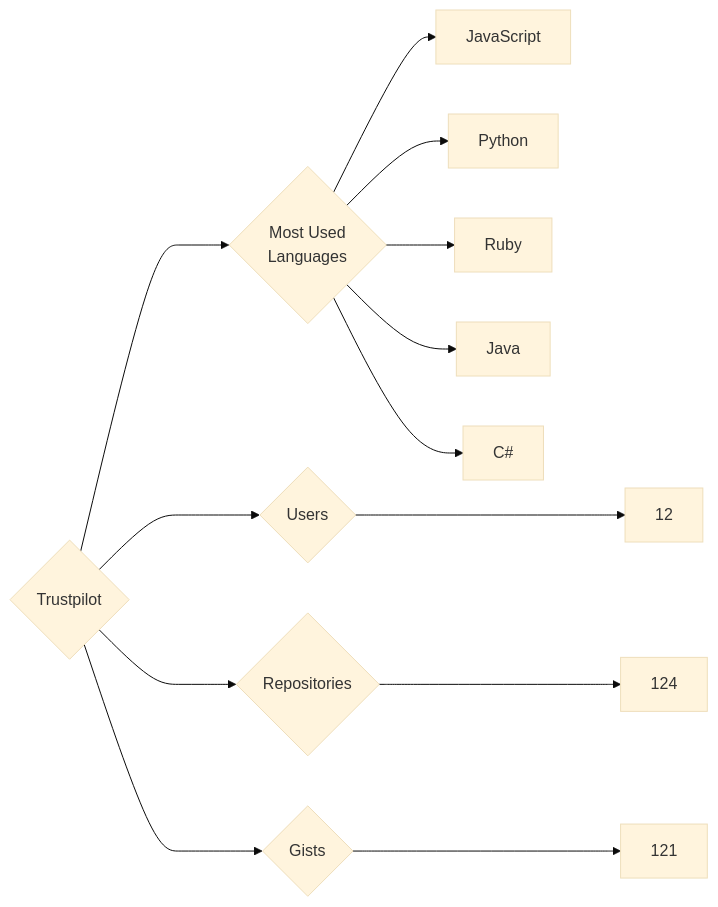
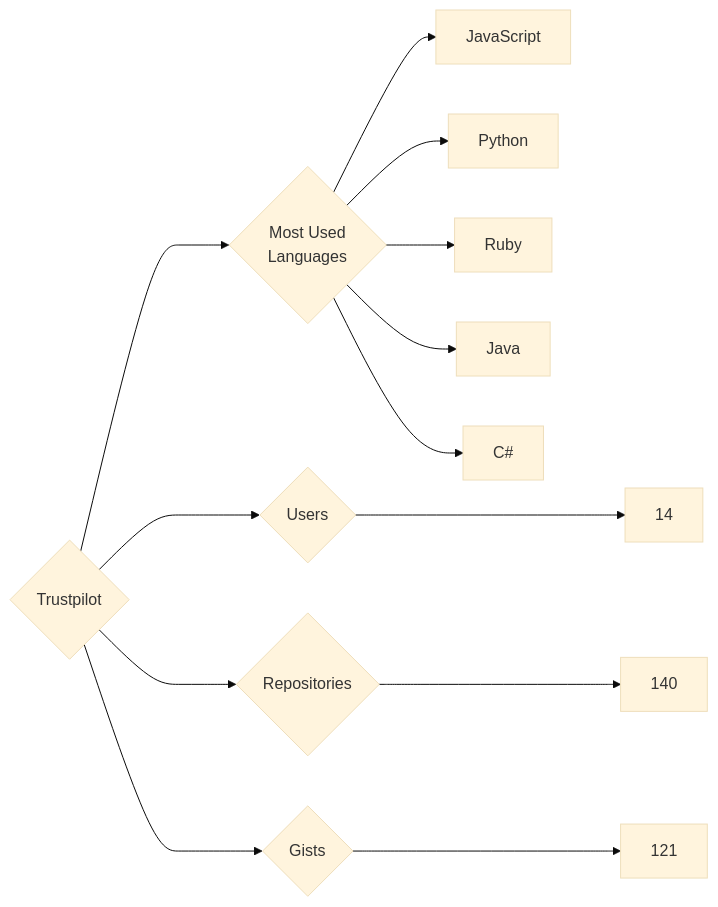
Before and after one commit to trickest/insiders: the diagram in targets/Trustpilot/README.md, drawn with Mermaid (base theme). The commit also changed 1389 other files, not shown here.

````diff
--- a/targets/Trustpilot/README.md
+++ b/targets/Trustpilot/README.md
@@ -3,13 +3,13 @@
 ```mermaid
 graph LR
 COMPANY_NAME{Trustpilot}
-COMPANY_NAME ---> U{Users} ---> UN[12]
-COMPANY_NAME ---> R{Repositories} ---> RN[124]
+COMPANY_NAME ---> U{Users} ---> UN[14]
+COMPANY_NAME ---> R{Repositories} ---> RN[140]
 COMPANY_NAME ---> G{Gists} ---> GN[121]
 COMPANY_NAME ---> ML{Most Used<br>Languages}
 ML --> JavaScript[JavaScript]
 ML --> Python[Python]
 ML --> Ruby[Ruby]
 ML --> Java[Java]
 ML --> C#[C#]
 ```
````
